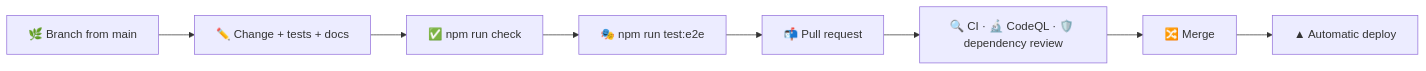
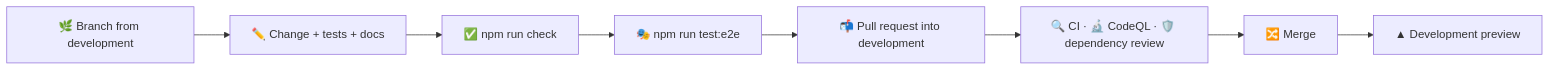
Before and after one commit to sacrificed666/next-faceit-stats: the diagram in docs/contributing.md, drawn with Mermaid. The commit also changed other lines of this file and 266 other files, not shown here.

````diff
--- a/docs/contributing.md
+++ b/docs/contributing.md
@@ -5,10 +5,10 @@
 ```mermaid
 flowchart LR
-  Branch[🌿 Branch from main] --> Code[✏️ Change + tests + docs]
+  Branch[🌿 Branch from development] --> Code[✏️ Change + tests + docs]
   Code --> Check[✅ npm run check]
   Check --> E2E[🎭 npm run test:e2e]
-  E2E --> PR[📬 Pull request]
+  E2E --> PR[📬 Pull request into development]
   PR --> CI[🔍 CI · 🔬 CodeQL · 🛡️ dependency review]
   CI --> Merge[🔀 Merge]
-  Merge --> Deploy[▲ Automatic deploy]
+  Merge --> Deploy[▲ Development preview]
 ```
````
